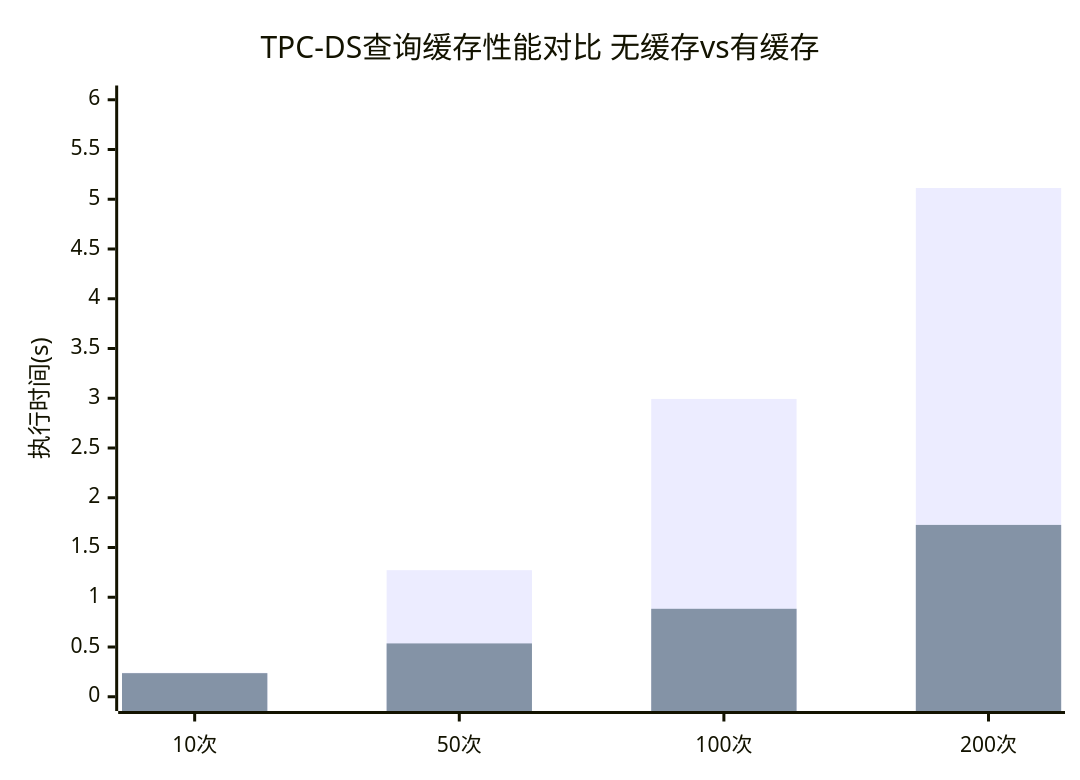
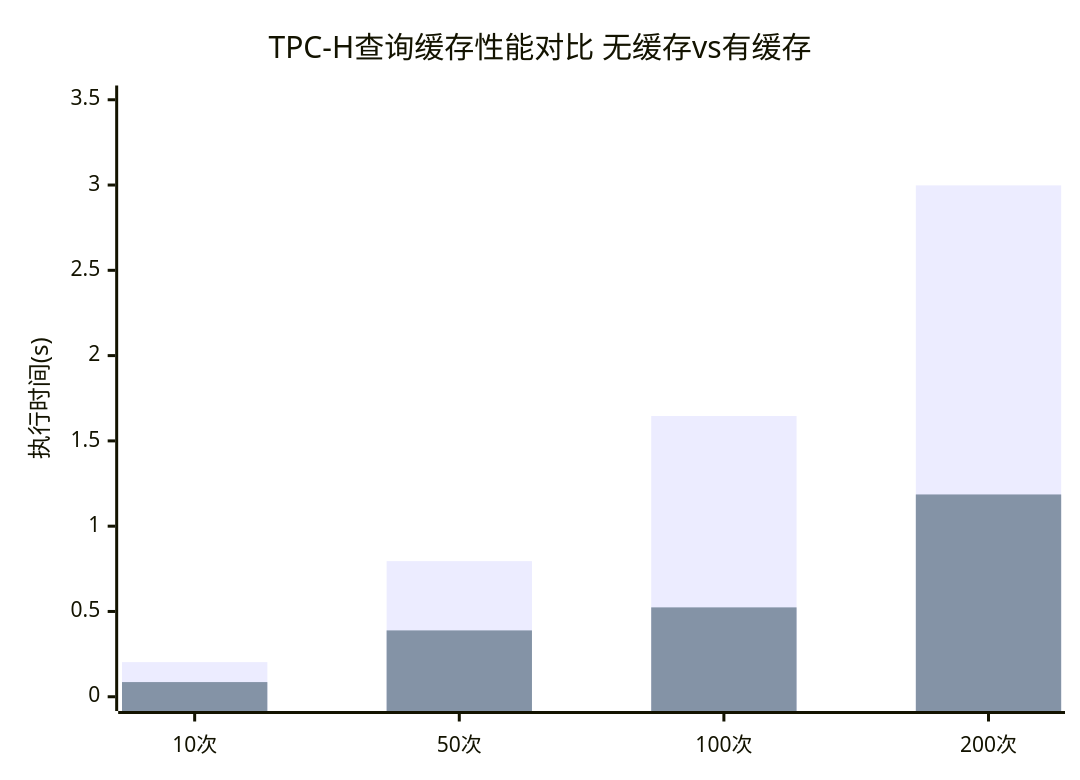
The diagram in md/images/5-图5.11 TPC-H查询缓存性能对比.mmd (crazypenguincode/duckdb), drawn with Mermaid before and after one commit. The commit also changed 93 other files, not shown here.

```diff
--- a/md/images/5-图5.11 TPC-H查询缓存性能对比.mmd
+++ b/md/images/5-图5.11 TPC-H查询缓存性能对比.mmd
@@ -1,6 +1,6 @@
 xychart-beta
-    title "TPC-DS查询缓存性能对比 无缓存vs有缓存"
+    title "TPC-H查询缓存性能对比 无缓存vs有缓存"
     x-axis ["10次", "50次", "100次", "200次"]
-    y-axis "执行时间(s)" 0 --> 6
-    bar [0.241, 1.272, 2.993, 5.113]
-    bar [0.237, 0.536, 0.884, 1.727]
+    y-axis "执行时间(s)" 0 --> 3.5
+    bar [0.203, 0.795, 1.646, 2.998]
+    bar [0.086, 0.389, 0.524, 1.186]
```
